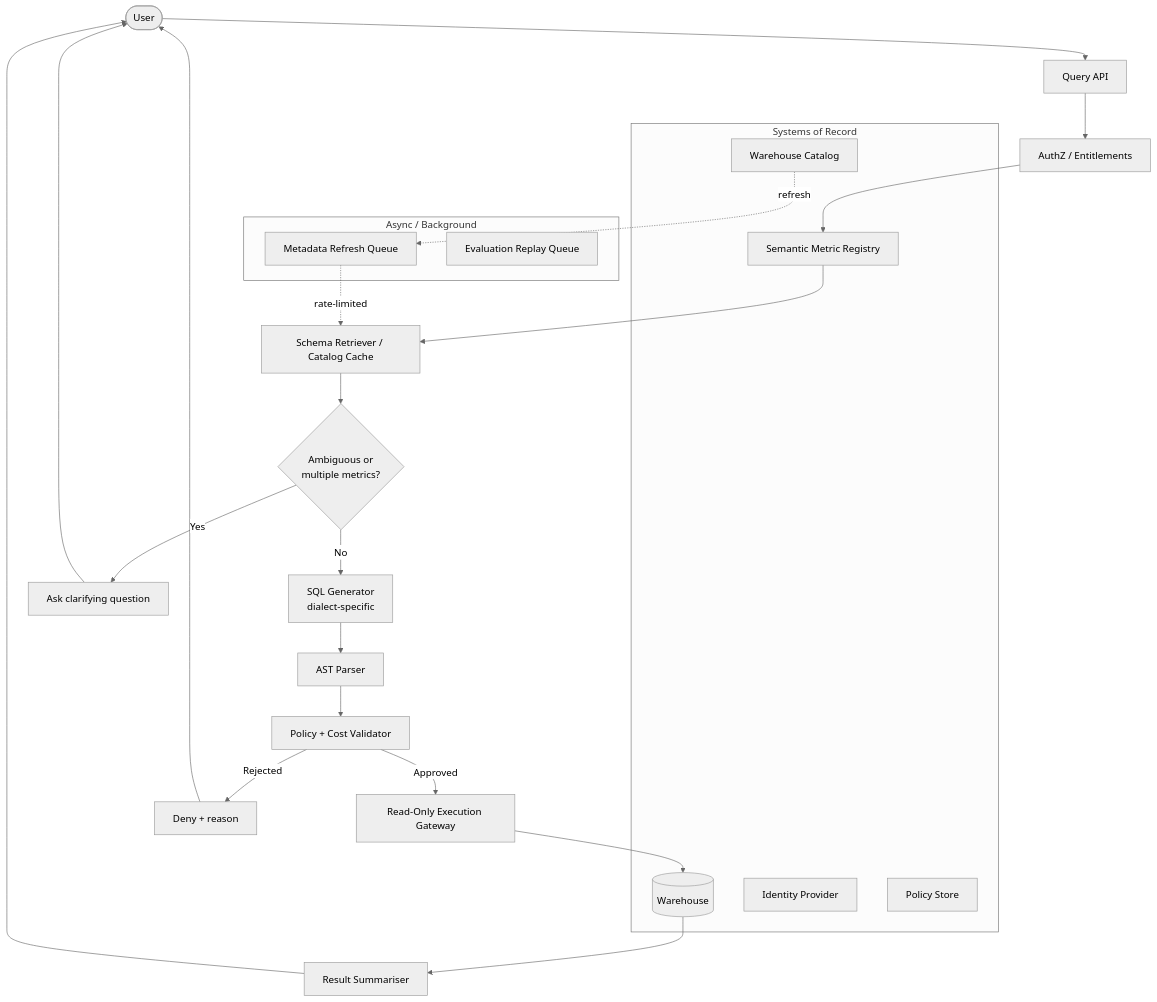
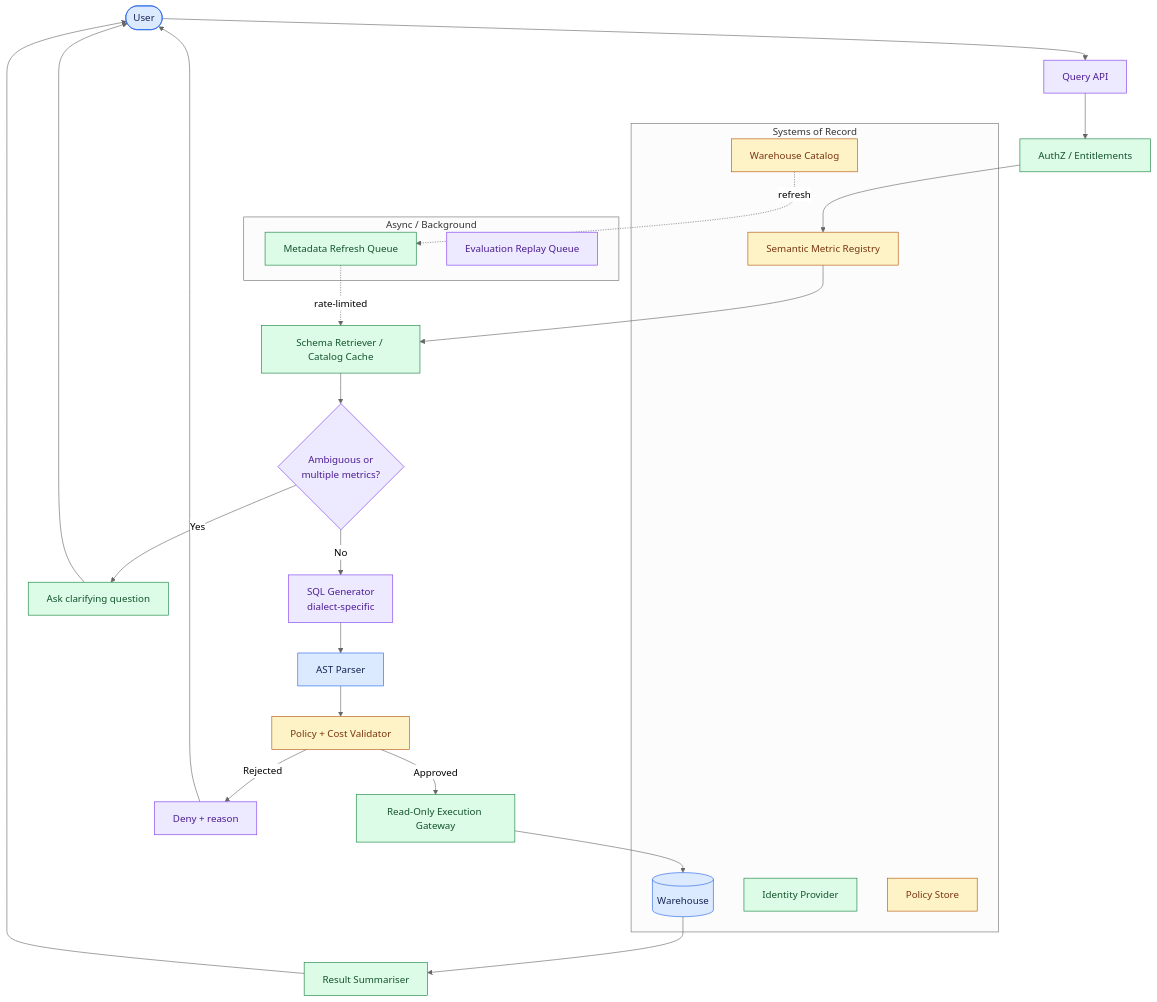
One commit to Sourav692/Forward-Deployed-Engineer-Interview-Prep changed the third of 4 diagrams in site/content/modules/15-fde-case-studies/knowledge-retrieval/nl-over-governed-data/full-pack-part-2.md. Above: the diagram before and after it, drawn with Mermaid (neutral theme). The commit also changed other lines of this file and 1268 other files, not shown here.

First line of the commit message:
content: polish Casebook writing and Mermaid diagrams (#251)

````diff
--- a/site/content/modules/15-fde-case-studies/knowledge-retrieval/nl-over-governed-data/full-pack-part-2.md
+++ b/site/content/modules/15-fde-case-studies/knowledge-retrieval/nl-over-governed-data/full-pack-part-2.md
@@ -44,32 +85,42 @@
 ```mermaid
 flowchart TB
     User([User]) --> QueryAPI[Query API]
     QueryAPI --> AuthZ[AuthZ / Entitlements]
     AuthZ --> SemReg[Semantic Metric Registry]
     SemReg --> SchemaCache[Schema Retriever / Catalog Cache]
     SchemaCache --> Ambiguity{Ambiguous or<br/>multiple metrics?}
     Ambiguity -->|Yes| Clarify[Ask clarifying question]
     Clarify --> User
     Ambiguity -->|No| SQLGen[SQL Generator<br/>dialect-specific]
     SQLGen --> ASTParser[AST Parser]
     ASTParser --> PolicyValidator[Policy + Cost Validator]
     PolicyValidator -->|Rejected| Reject[Deny + reason]
     Reject --> User
     PolicyValidator -->|Approved| Gateway[Read-Only Execution Gateway]
     Gateway --> Warehouse[(Warehouse)]
     Warehouse --> Summariser[Result Summariser]
     Summariser --> User
     subgraph SoR["Systems of Record"]
         IdP[Identity Provider]
         SemReg
         Catalog[Warehouse Catalog]
         Warehouse
         PolicyStore[Policy Store]
     end
     subgraph Queues["Async / Background"]
         RefreshQ[Metadata Refresh Queue]
         EvalQ[Evaluation Replay Queue]
     end
     Catalog -.refresh.-> RefreshQ
     RefreshQ -.rate-limited.-> SchemaCache
+
+    %% Casebook colours: entry, reasoning, results, controls, and stopped paths.
+    classDef cbInput fill:#dbeafe,stroke:#2563eb,color:#172554
+    class User,ASTParser,Warehouse cbInput
+    classDef cbReason fill:#ede9fe,stroke:#7c3aed,color:#4c1d95
+    class QueryAPI,Ambiguity,SQLGen,Reject,EvalQ cbReason
+    classDef cbAction fill:#dcfce7,stroke:#15803d,color:#14532d
+    class AuthZ,SchemaCache,Clarify,Gateway,Summariser,IdP,RefreshQ cbAction
+    classDef cbPolicy fill:#fef3c7,stroke:#b45309,color:#78350f
+    class SemReg,PolicyValidator,Catalog,PolicyStore cbPolicy
 ```
````
